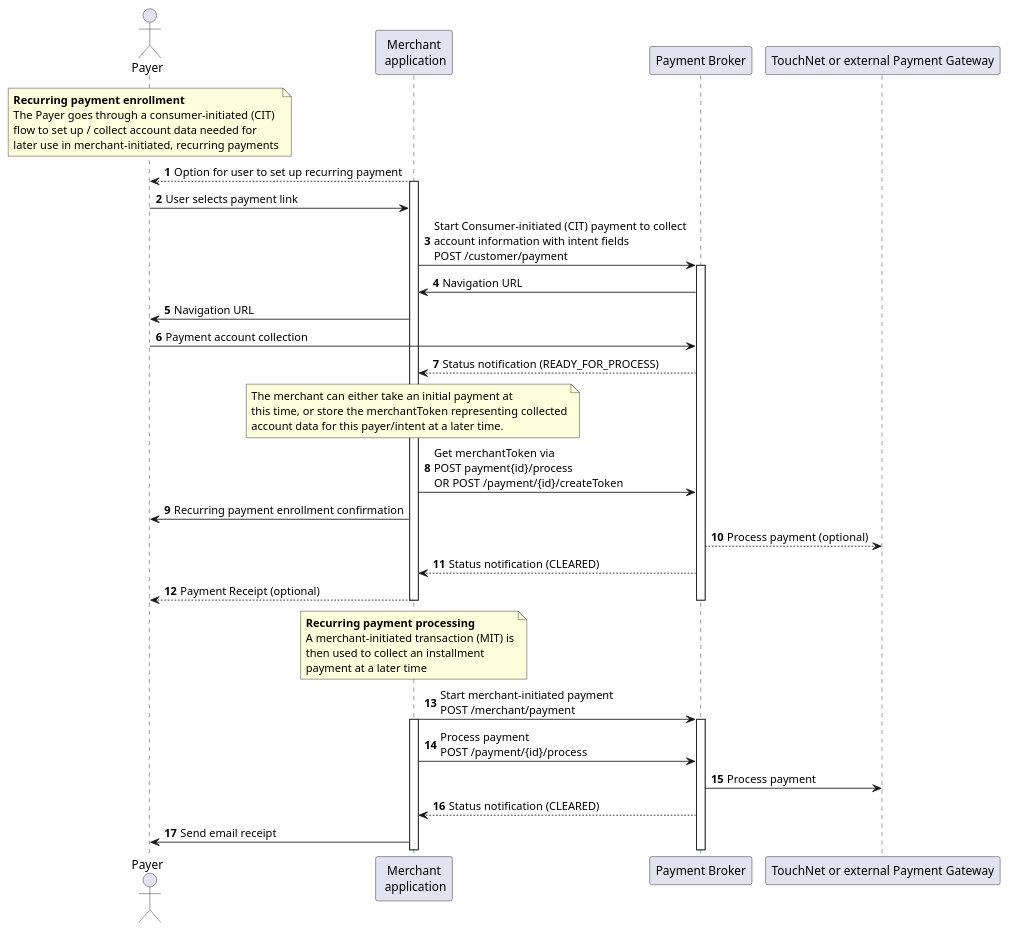
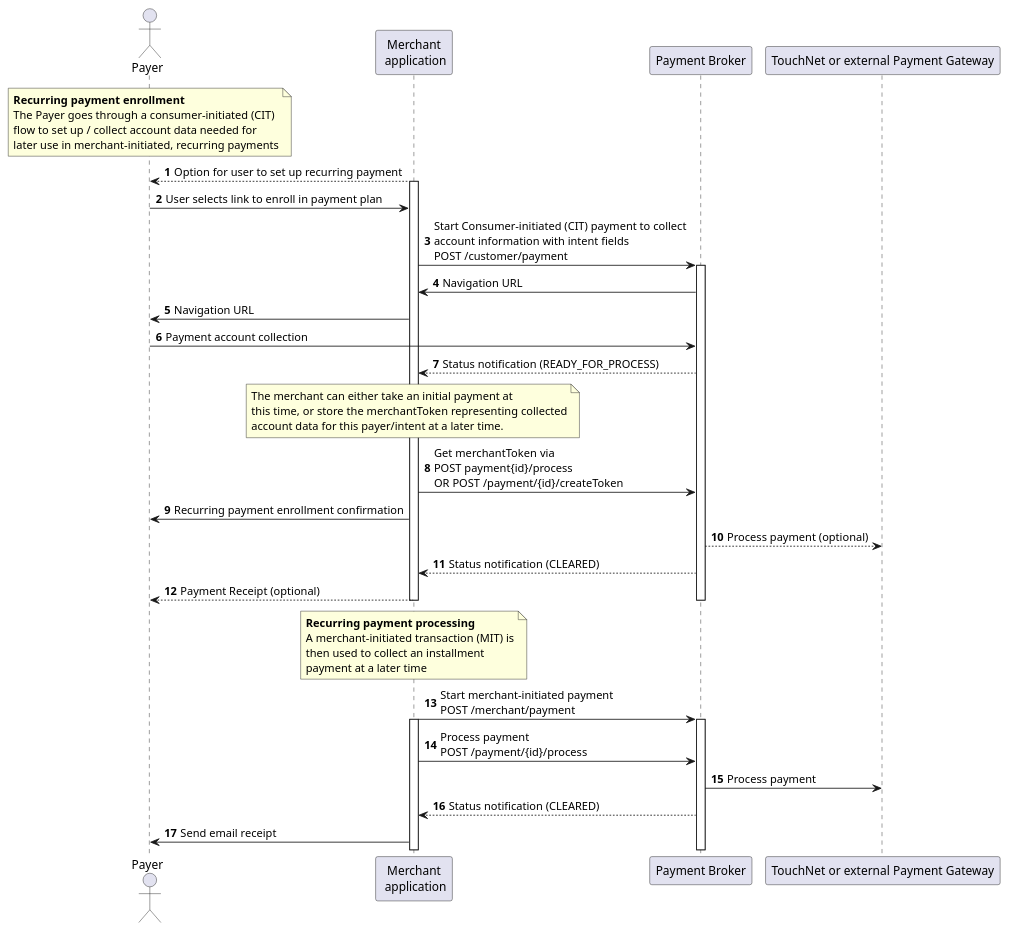
One commit to touchnetglobalpayments/broker-web-sdk changed the diagram in docs/PaymentBroker_MerchantInitiatedFlow.puml. Above: the diagram before and after it, drawn with PlantUML.

Commit message:
PMTB-3582 - clarify enrollment step for end user

```diff
--- a/docs/PaymentBroker_MerchantInitiatedFlow.puml
+++ b/docs/PaymentBroker_MerchantInitiatedFlow.puml
@@ -1,56 +1,56 @@
 @startuml
 autonumber
 
 ' Declare the players on the screen
 actor "Payer" as PAYER
 participant "Merchant\n application" as  MBE
 participant "Payment Broker" as PB
 participant "TouchNet or external Payment Gateway" as TPG
 
 ' Start the diagram
 note over PAYER
   <b>Recurring payment enrollment</b>
   The Payer goes through a consumer-initiated (CIT) 
   flow to set up / collect account data needed for  
   later use in merchant-initiated, recurring payments
 end note
 
 MBE --> PAYER: Option for user to set up recurring payment
 activate MBE
-PAYER -> MBE: User selects payment link
+PAYER -> MBE: User selects link to enroll in payment plan
 MBE -> PB: Start Consumer-initiated (CIT) payment to collect\naccount information with intent fields\nPOST /customer/payment
 activate PB
 PB -> MBE: Navigation URL
 MBE -> PAYER: Navigation URL
 
 PAYER -> PB: Payment account collection
 PB --> MBE: Status notification (READY_FOR_PROCESS)
 note over MBE
   The merchant can either take an initial payment at
   this time, or store the merchantToken representing collected
   account data for this payer/intent at a later time.
 end note
 MBE->PB: Get merchantToken via\nPOST payment{id}/process\nOR POST /payment/{id}/createToken
 MBE->PAYER: Recurring payment enrollment confirmation
 PB --> TPG: Process payment (optional)
 PB-->MBE: Status notification (CLEARED)
 MBE --> PAYER: Payment Receipt (optional)
 deactivate MBE
 deactivate PB
 
 note over MBE
   <b>Recurring payment processing</b>
   A merchant-initiated transaction (MIT) is
   then used to collect an installment
   payment at a later time
 end note
 
 MBE->PB: Start merchant-initiated payment\nPOST /merchant/payment
 activate MBE
 activate PB
 MBE->PB: Process payment\nPOST /payment/{id}/process
 PB->TPG: Process payment
 PB-->MBE:Status notification (CLEARED)
 MBE->PAYER: Send email receipt
 
 @enduml
```
